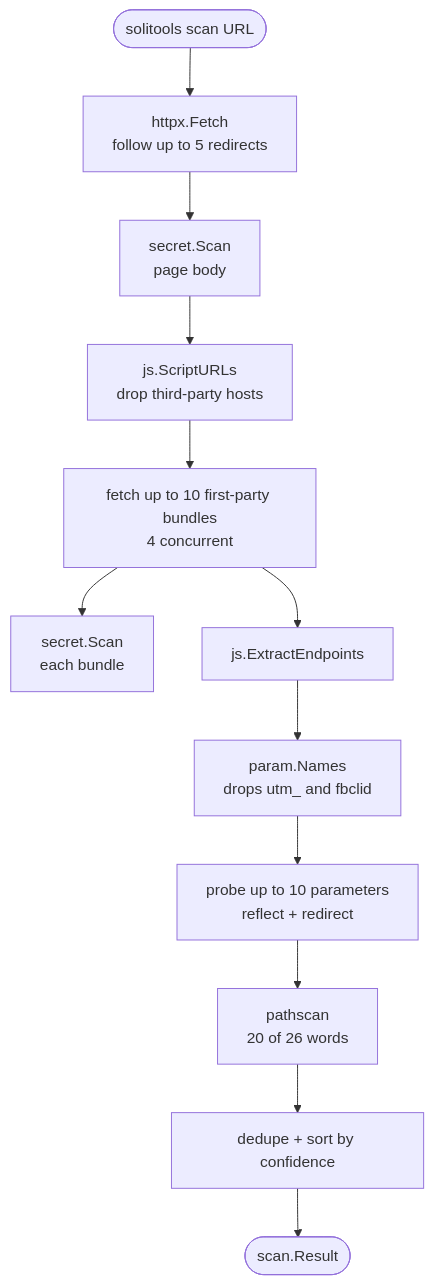
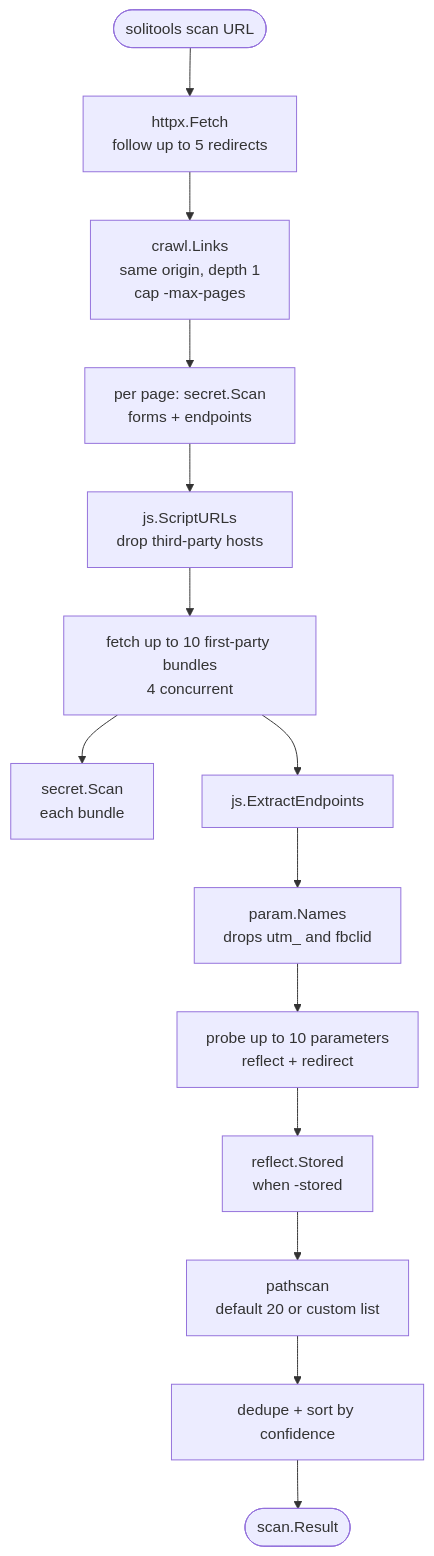
Before and after one commit to soliofski/SoliTools: the second of 7 diagrams in HANDOVER.md, drawn with Mermaid. The commit also changed other lines of this file and 9 other files, not shown here.

First line of the commit message:
feat: add depth-one crawl and custom wordlists

````diff
--- a/HANDOVER.md
+++ b/HANDOVER.md
@@ -288,14 +295,16 @@
 ```mermaid
 flowchart TD
     START(["solitools scan URL"]) --> FETCH["httpx.Fetch<br/>follow up to 5 redirects"]
-    FETCH --> PAGE["secret.Scan<br/>page body"]
+    FETCH --> CRAWL["crawl.Links<br/>same origin, depth 1<br/>cap -max-pages"]
+    CRAWL --> PAGE["per page: secret.Scan<br/>forms + endpoints"]
     PAGE --> SCRIPTS["js.ScriptURLs<br/>drop third-party hosts"]
     SCRIPTS --> FETCHJS["fetch up to 10 first-party bundles<br/>4 concurrent"]
     FETCHJS --> SEC2["secret.Scan<br/>each bundle"]
     FETCHJS --> ENDP["js.ExtractEndpoints"]
     ENDP --> PARAMS["param.Names<br/>drops utm_ and fbclid"]
     PARAMS --> PROBE["probe up to 10 parameters<br/>reflect + redirect"]
-    PROBE --> PATHS["pathscan<br/>20 of 26 words"]
+    PROBE --> STORED["reflect.Stored<br/>when -stored"]
+    STORED --> PATHS["pathscan<br/>default 20 or custom list"]
     PATHS --> DEDUPE["dedupe + sort by confidence"]
     DEDUPE --> OUT(["scan.Result"])
 ```
````
